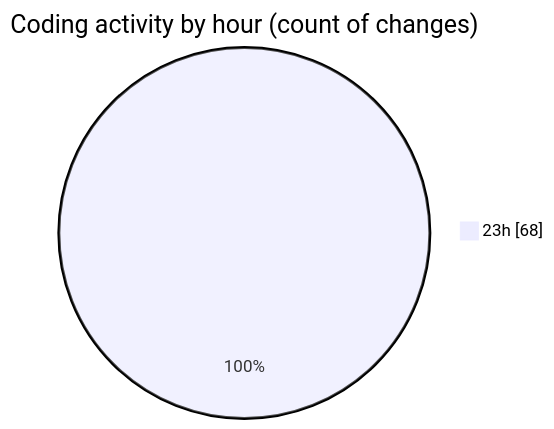
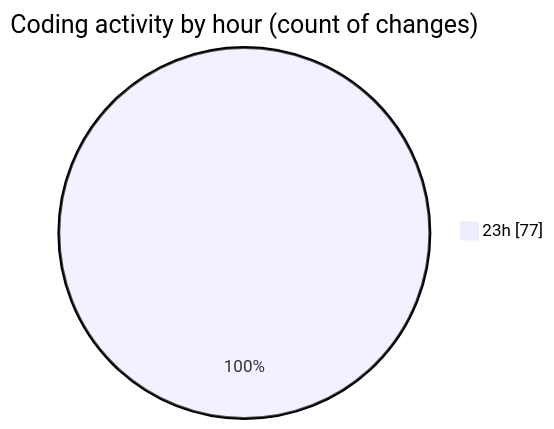
The second of 2 diagrams in 2025-07-27/javascript/README.md (Ritupan-Deka/code-tracking), drawn with Mermaid before and after one commit. The commit also changed other lines of this file and 1 other file, not shown here.

````diff
--- a/2025-07-27/javascript/README.md
+++ b/2025-07-27/javascript/README.md
@@ -28,5 +28,5 @@
 ```mermaid
 pie showData
 title Coding activity by hour (count of changes)
-"23h" : 68
+"23h" : 77
 ```
````
